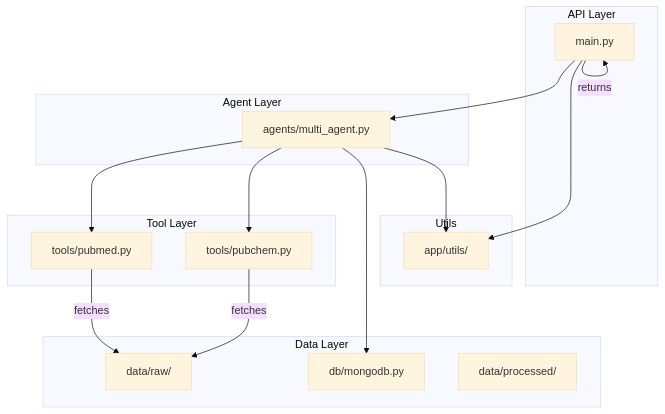
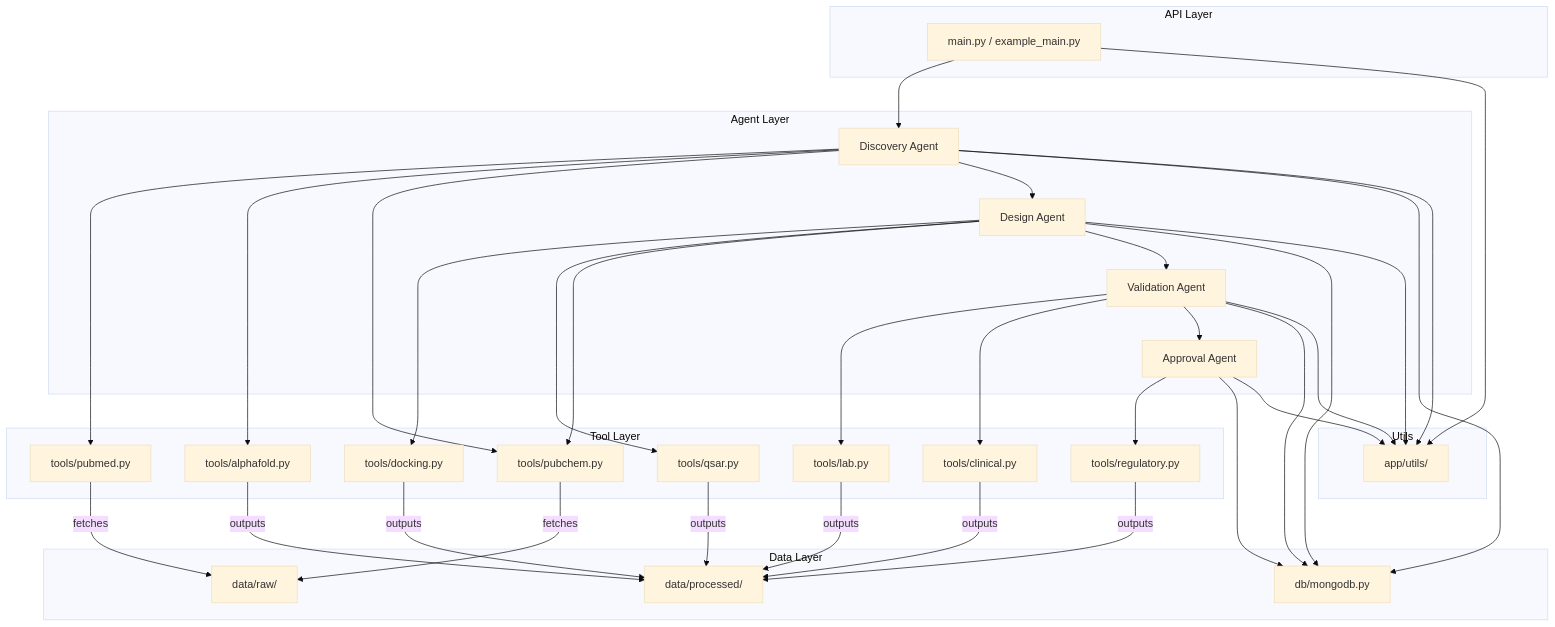
Before and after one commit to justin-mbca/drug-discovery-ai: the first of 2 diagrams in README.md, drawn with Mermaid (base theme). The commit also changed other lines of this file, not shown here.

Commit message:
Update README with new modular workflow, endpoints, and architecture diagram

````diff
--- a/README.md
+++ b/README.md
@@ -6,30 +5,64 @@
 ```mermaid
 graph TD;
-	subgraph API Layer
-		Main[main.py]
-	end
-	subgraph Agent Layer
-		Crew[agents/multi_agent.py]
-	end
-	subgraph Tool Layer
-		PubMedTool[tools/pubmed.py]
-		PubChemTool[tools/pubchem.py]
-	end
-	subgraph Data Layer
-		DB[db/mongodb.py]
-		DataRaw[data/raw/]
-		DataProcessed[data/processed/]
-	end
-	subgraph Utils
-		UtilsNode[app/utils/]
-	end
-	Main --> Crew
-	Crew --> PubMedTool
-	Crew --> PubChemTool
-	PubMedTool -->|fetches| DataRaw
-	PubChemTool -->|fetches| DataRaw
-	Crew --> DB
-	Main --> UtilsNode
-	Crew --> UtilsNode
-	Main -->|returns| Main
+    subgraph API Layer
+        Main[main.py / example_main.py]
+    end
+    subgraph Agent Layer
+        DiscoveryAgent[Discovery Agent]
+        DesignAgent[Design Agent]
+        ValidationAgent[Validation Agent]
+        ApprovalAgent[Approval Agent]
+    end
+    subgraph Tool Layer
+        PubMedTool[tools/pubmed.py]
+        PubChemTool[tools/pubchem.py]
+        AlphaFoldTool[tools/alphafold.py]
+        DockingTool[tools/docking.py]
+        QSARTool[tools/qsar.py]
+        LabTool[tools/lab.py]
+        ClinicalTool[tools/clinical.py]
+        RegulatoryTool[tools/regulatory.py]
+    end
+    subgraph Data Layer
+        DB[db/mongodb.py]
+        DataRaw[data/raw/]
+        DataProcessed[data/processed/]
+    end
+    subgraph Utils
+        UtilsNode[app/utils/]
+    end
+
+    Main --> DiscoveryAgent
+    DiscoveryAgent --> PubMedTool
+    DiscoveryAgent --> AlphaFoldTool
+    DiscoveryAgent --> PubChemTool
+    DiscoveryAgent --> DesignAgent
+    DesignAgent --> DockingTool
+    DesignAgent --> QSARTool
+    DesignAgent --> PubChemTool
+    DesignAgent --> ValidationAgent
+    ValidationAgent --> LabTool
+    ValidationAgent --> ClinicalTool
+    ValidationAgent --> ApprovalAgent
+    ApprovalAgent --> RegulatoryTool
+
+    PubMedTool -->|fetches| DataRaw
+    PubChemTool -->|fetches| DataRaw
+    AlphaFoldTool -->|outputs| DataProcessed
+    DockingTool -->|outputs| DataProcessed
+    QSARTool -->|outputs| DataProcessed
+    LabTool -->|outputs| DataProcessed
+    ClinicalTool -->|outputs| DataProcessed
+    RegulatoryTool -->|outputs| DataProcessed
+
+    DiscoveryAgent --> DB
+    DesignAgent --> DB
+    ValidationAgent --> DB
+    ApprovalAgent --> DB
+
+    Main --> UtilsNode
+    DiscoveryAgent --> UtilsNode
+    DesignAgent --> UtilsNode
+    ValidationAgent --> UtilsNode
+    ApprovalAgent --> UtilsNode
 ```
````
